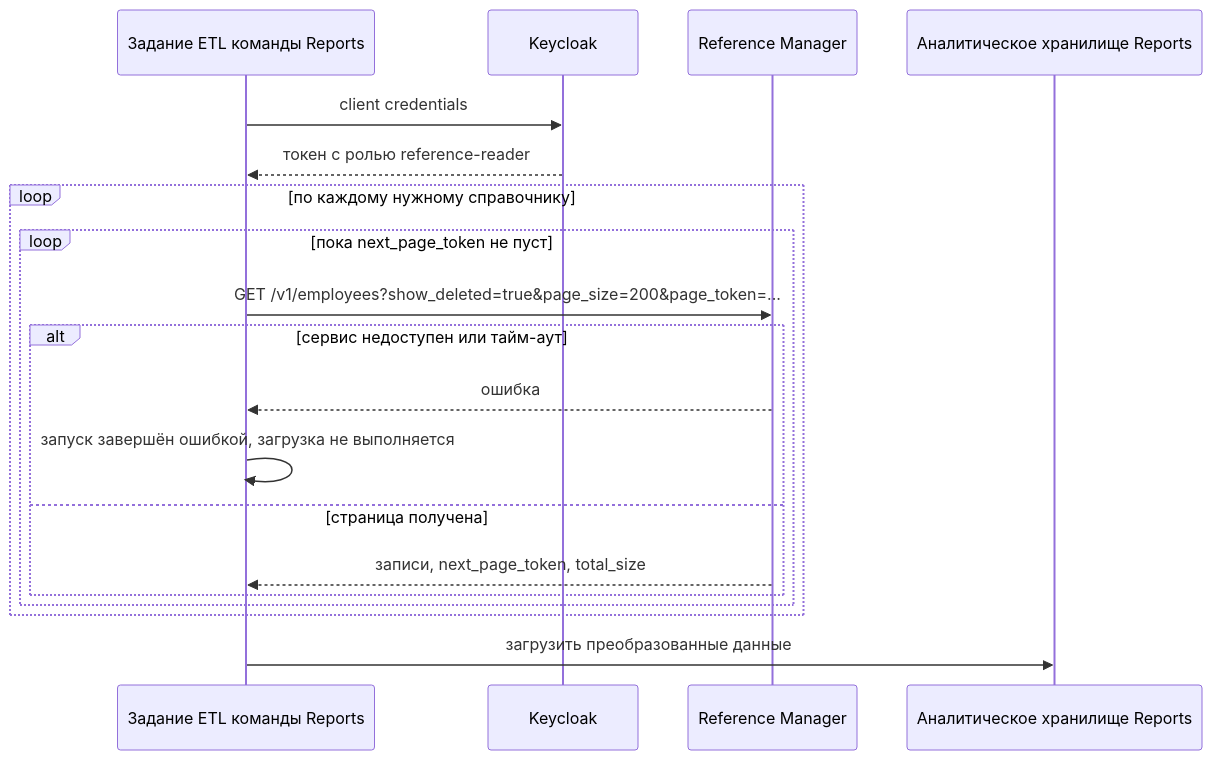
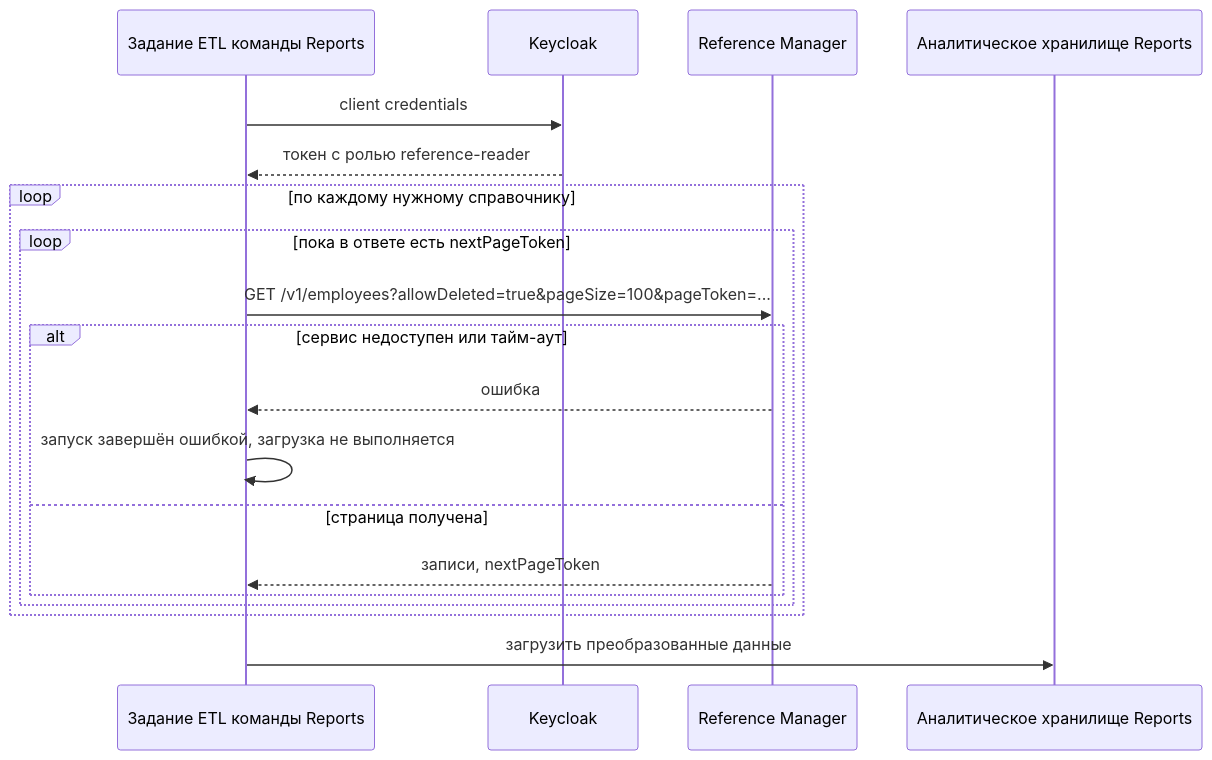
One commit to MEPhI-C22-501/arch-info-system-monorepo changed diagram 11 of 11 in reference-manager/documents/155.sequence-diagrams.md. Above: the diagram before and after it, drawn with Mermaid. The commit also changed other lines of this file and 27 other files, not shown here.

````diff
--- a/reference-manager/documents/155.sequence-diagrams.md
+++ b/reference-manager/documents/155.sequence-diagrams.md
@@ -352,21 +342,21 @@
 ```mermaid
 sequenceDiagram
     participant E as Задание ETL команды Reports
     participant KC as Keycloak
     participant H as Reference Manager
     participant W as Аналитическое хранилище Reports
     E->>KC: client credentials
     KC-->>E: токен с ролью reference-reader
     loop по каждому нужному справочнику
-        loop пока next_page_token не пуст
-            E->>H: GET /v1/employees?show_deleted=true&page_size=200&page_token=...
+        loop пока в ответе есть nextPageToken
+            E->>H: GET /v1/employees?allowDeleted=true&pageSize=100&pageToken=...
             alt сервис недоступен или тайм-аут
                 H-->>E: ошибка
                 E->>E: запуск завершён ошибкой, загрузка не выполняется
             else страница получена
-                H-->>E: записи, next_page_token, total_size
+                H-->>E: записи, nextPageToken
             end
         end
     end
     E->>W: загрузить преобразованные данные
 ```
````
